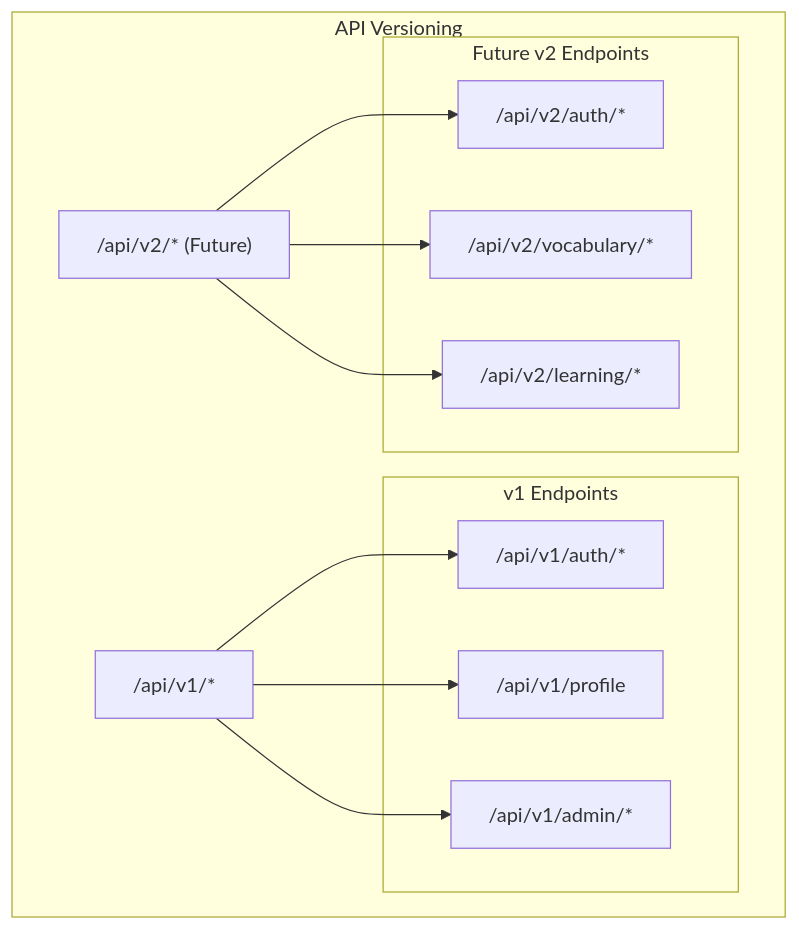
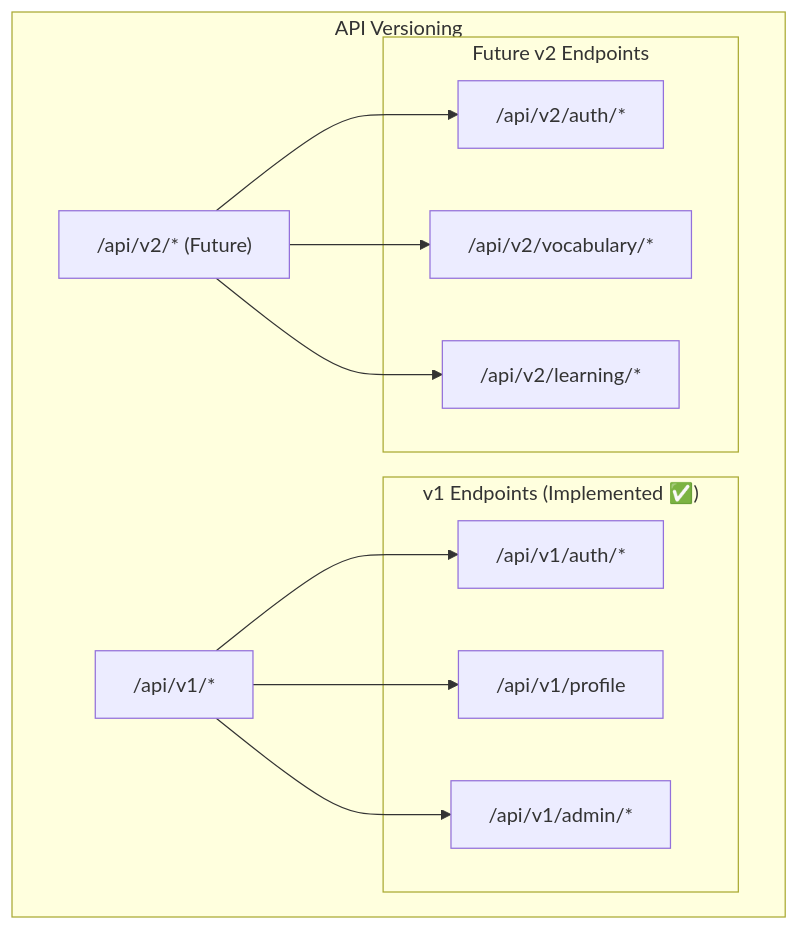
The tenth of 10 diagrams in docs/API_REFERENCE.md (mdabdullahfaruque/StudyBridgeBD), drawn with Mermaid before and after one commit. The commit also changed other lines of this file and 5 other files, not shown here.

````diff
--- a/docs/API_REFERENCE.md
+++ b/docs/API_REFERENCE.md
@@ -412,27 +494,27 @@
 ```mermaid
 graph TB
     subgraph "API Versioning"
         V1["/api/v1/*"]
         V2["/api/v2/* (Future)"]
         
-        subgraph "v1 Endpoints"
+        subgraph "v1 Endpoints (Implemented ✅)"
             AUTH["/api/v1/auth/*"]
             PROFILE["/api/v1/profile"]
             ADMIN["/api/v1/admin/*"]
         end
         
         subgraph "Future v2 Endpoints"
             AUTH_V2["/api/v2/auth/*"]
             VOCAB_V2["/api/v2/vocabulary/*"]
             LEARNING_V2["/api/v2/learning/*"]
         end
     end
     
     V1 --> AUTH
     V1 --> PROFILE
     V1 --> ADMIN
     
     V2 --> AUTH_V2
     V2 --> VOCAB_V2
     V2 --> LEARNING_V2
 ```
````
